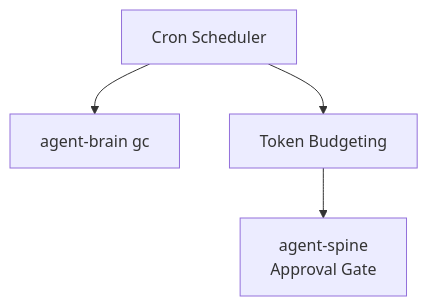
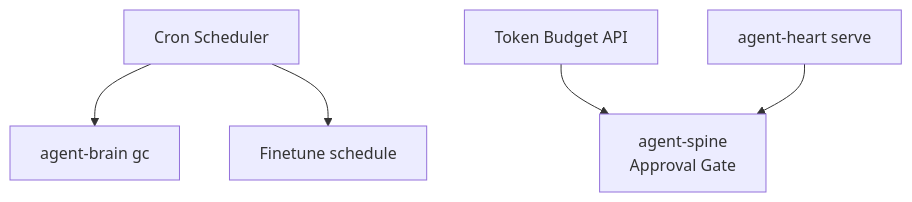
One commit to autonomic-ai-dev/agent-heart changed the diagram in README.md. Above: the diagram before and after it, drawn with Mermaid. The commit also changed other lines of this file, not shown here.

````diff
--- a/README.md
+++ b/README.md
@@ -7,6 +24,7 @@
 ```mermaid
 flowchart TD
     Cron[Cron Scheduler] --> GC[agent-brain gc]
-    Cron --> Budget[Token Budgeting]
-    Budget --> Spine[agent-spine<br>Approval Gate]
+    Cron --> Finetune[Finetune schedule]
+    Budget[Token Budget API] --> Spine[agent-spine<br>Approval Gate]
+    Heart[agent-heart serve] --> Spine
 ```
````
